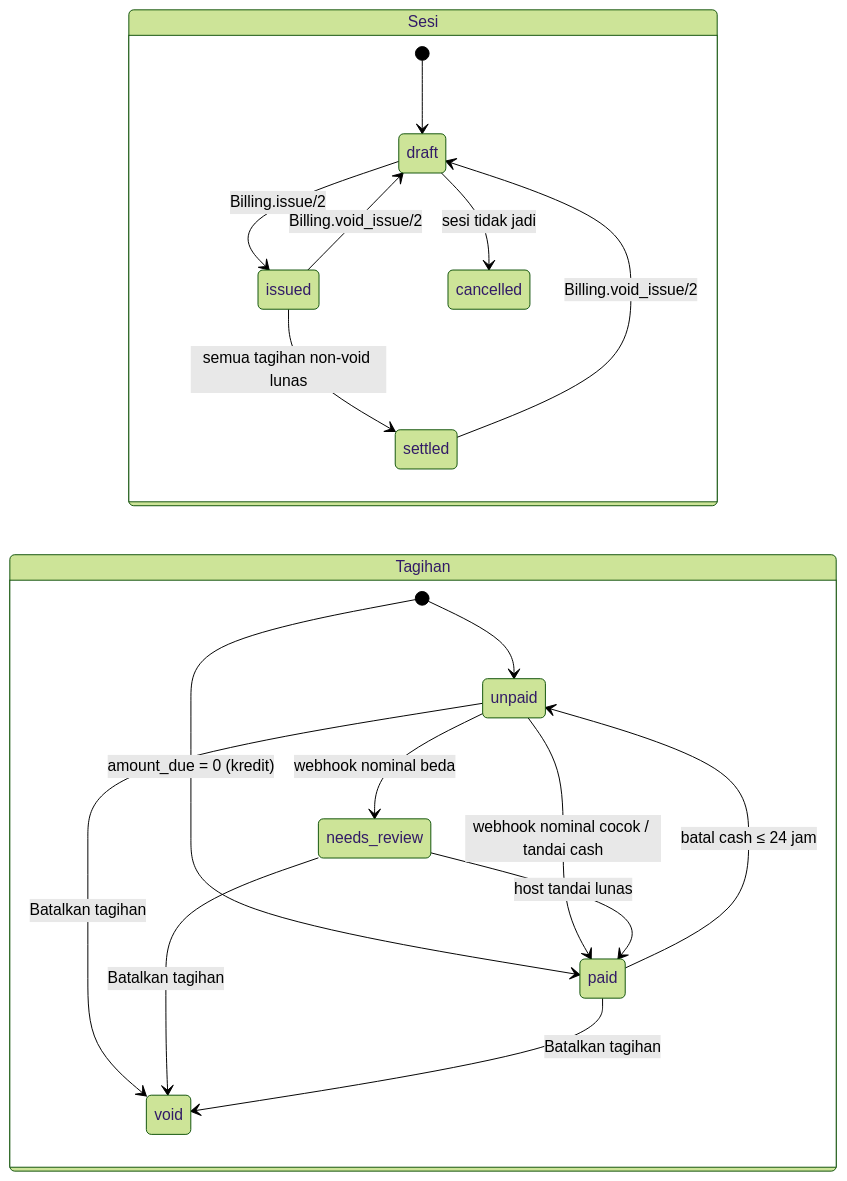
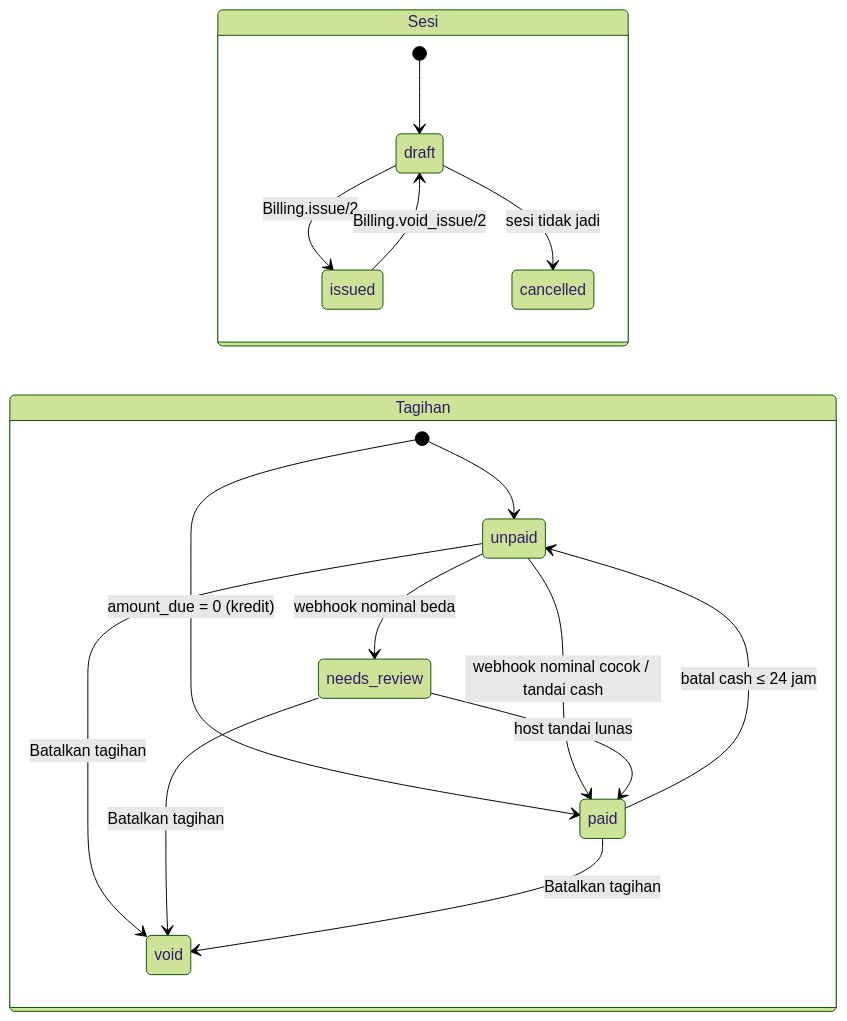
The second of 2 diagrams in docs/spec.md (zaychoer/petepete), drawn with Mermaid (forest theme) before and after one commit. The commit also changed other lines of this file and 2 other files, not shown here.

Commit message:
docs: Revisi 3 spec, ledger named money events, Billing owns session and bill state, ADR-0002, CONTEXT terms

````diff
--- a/docs/spec.md
+++ b/docs/spec.md
@@ -74,23 +85,21 @@
 ```mermaid
 stateDiagram-v2
     direction LR
     state "Sesi" as S {
         [*] --> draft
         draft --> issued: Billing.issue/2
         draft --> cancelled: sesi tidak jadi
-        issued --> settled: semua tagihan non-void lunas
         issued --> draft: Billing.void_issue/2
-        settled --> draft: Billing.void_issue/2
     }
     state "Tagihan" as B {
         [*] --> unpaid
         [*] --> paid: amount_due = 0 (kredit)
         unpaid --> paid: webhook nominal cocok / tandai cash
         unpaid --> needs_review: webhook nominal beda
         needs_review --> paid: host tandai lunas
         paid --> unpaid: batal cash ≤ 24 jam
         unpaid --> void: Batalkan tagihan
         needs_review --> void: Batalkan tagihan
         paid --> void: Batalkan tagihan
     }
 ```
````
